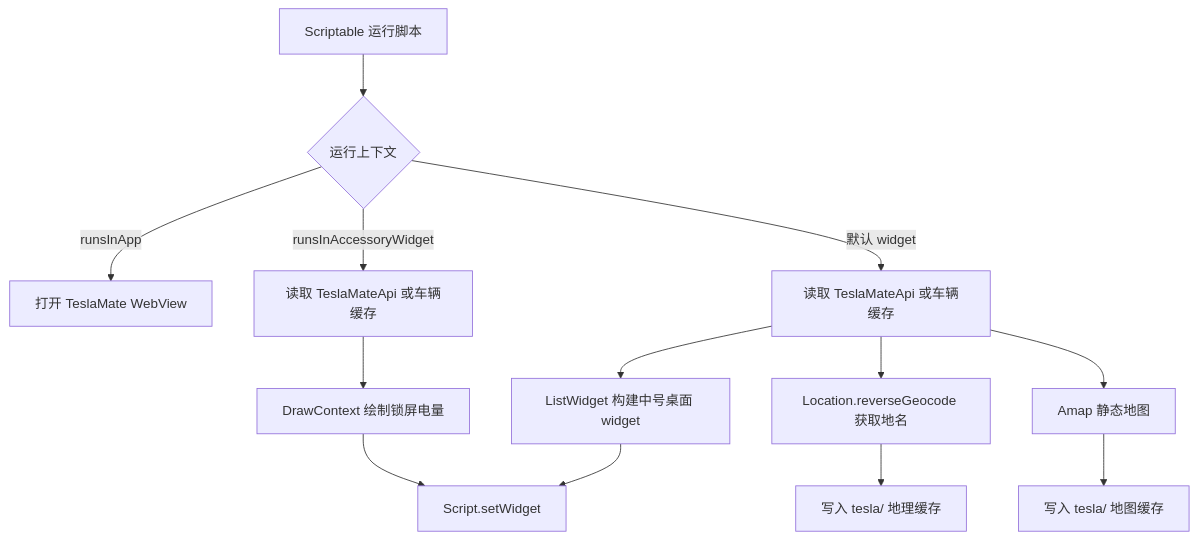
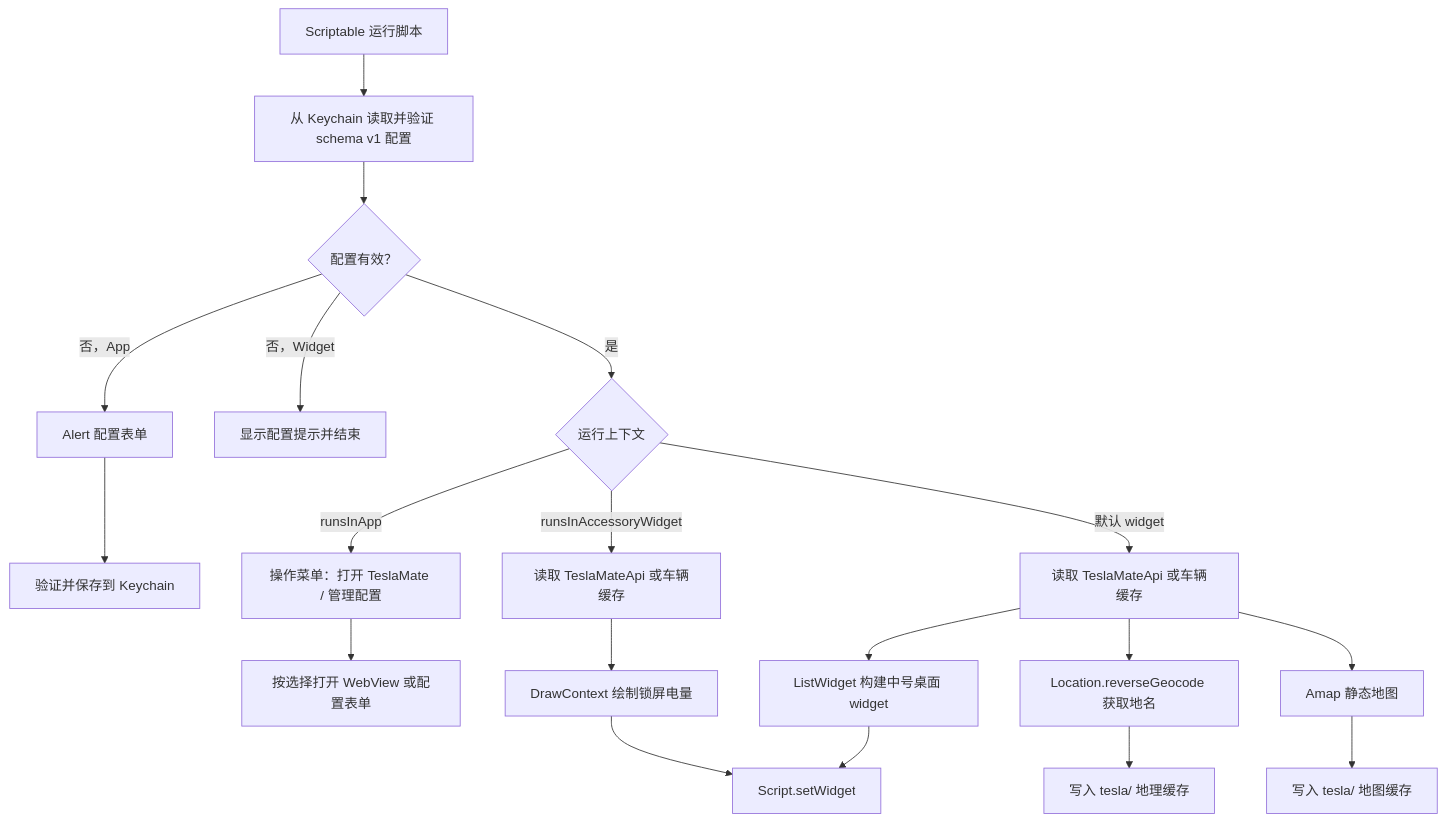
The diagram in docs/architecture.md (happyeddie/teslamate-widget), drawn with Mermaid before and after one commit. The commit also changed other lines of this file and 4 other files, not shown here.

````diff
--- a/docs/architecture.md
+++ b/docs/architecture.md
@@ -44,15 +49,21 @@
 ```mermaid
 flowchart TD
-  A["Scriptable 运行脚本"] --> B{"运行上下文"}
-  B -->|"runsInApp"| C["打开 TeslaMate WebView"]
-  B -->|"runsInAccessoryWidget"| D["读取 TeslaMateApi 或车辆缓存"]
-  B -->|"默认 widget"| E["读取 TeslaMateApi 或车辆缓存"]
-  E --> F["Location.reverseGeocode 获取地名"]
-  E --> G["Amap 静态地图"]
-  F --> H["写入 tesla/ 地理缓存"]
-  G --> I["写入 tesla/ 地图缓存"]
-  D --> J["DrawContext 绘制锁屏电量"]
-  E --> K["ListWidget 构建中号桌面 widget"]
-  J --> L["Script.setWidget"]
-  K --> L
+  A["Scriptable 运行脚本"] --> B["从 Keychain 读取并验证 schema v1 配置"]
+  B --> C{"配置有效？"}
+  C -->|"否，App"| D["Alert 配置表单"]
+  C -->|"否，Widget"| E["显示配置提示并结束"]
+  D --> F["验证并保存到 Keychain"]
+  C -->|"是"| G{"运行上下文"}
+  G -->|"runsInApp"| H["操作菜单：打开 TeslaMate / 管理配置"]
+  G -->|"runsInAccessoryWidget"| I["读取 TeslaMateApi 或车辆缓存"]
+  G -->|"默认 widget"| J["读取 TeslaMateApi 或车辆缓存"]
+  H --> K["按选择打开 WebView 或配置表单"]
+  J --> L["Location.reverseGeocode 获取地名"]
+  J --> M["Amap 静态地图"]
+  L --> N["写入 tesla/ 地理缓存"]
+  M --> O["写入 tesla/ 地图缓存"]
+  I --> P["DrawContext 绘制锁屏电量"]
+  J --> Q["ListWidget 构建中号桌面 widget"]
+  P --> R["Script.setWidget"]
+  Q --> R
 ```
````
